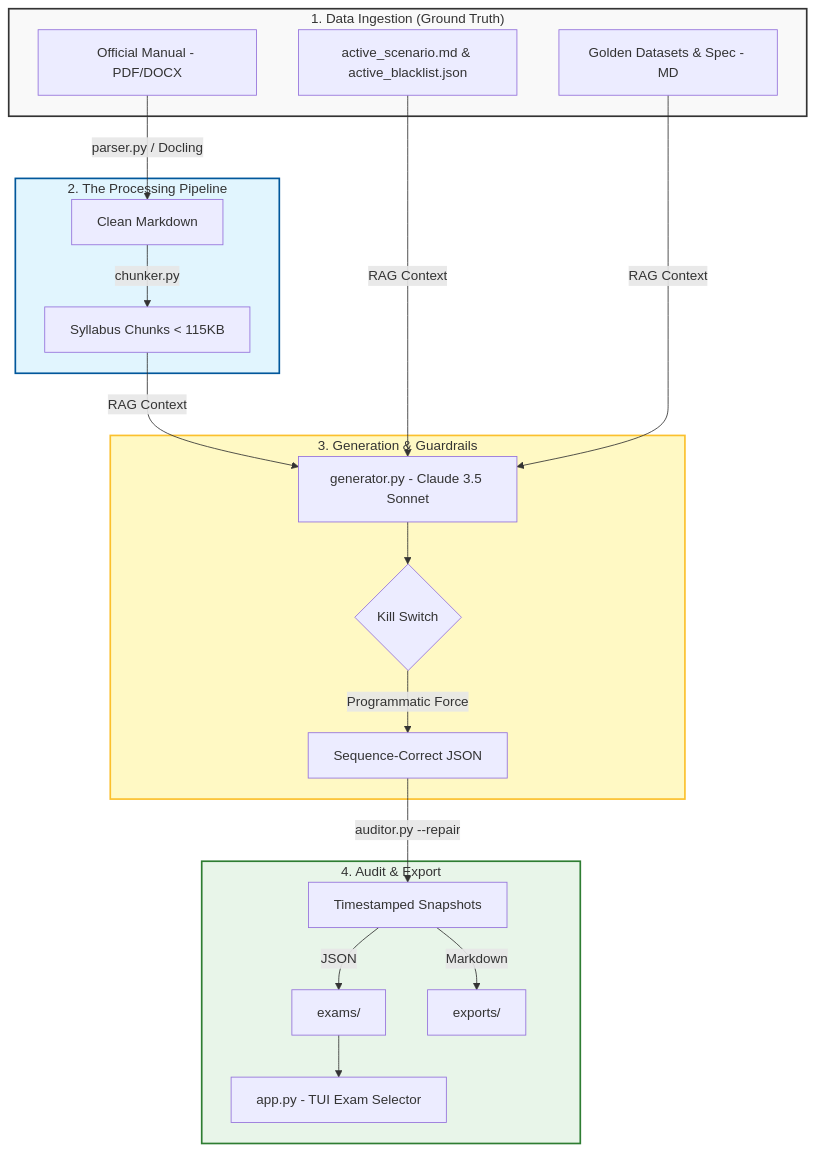
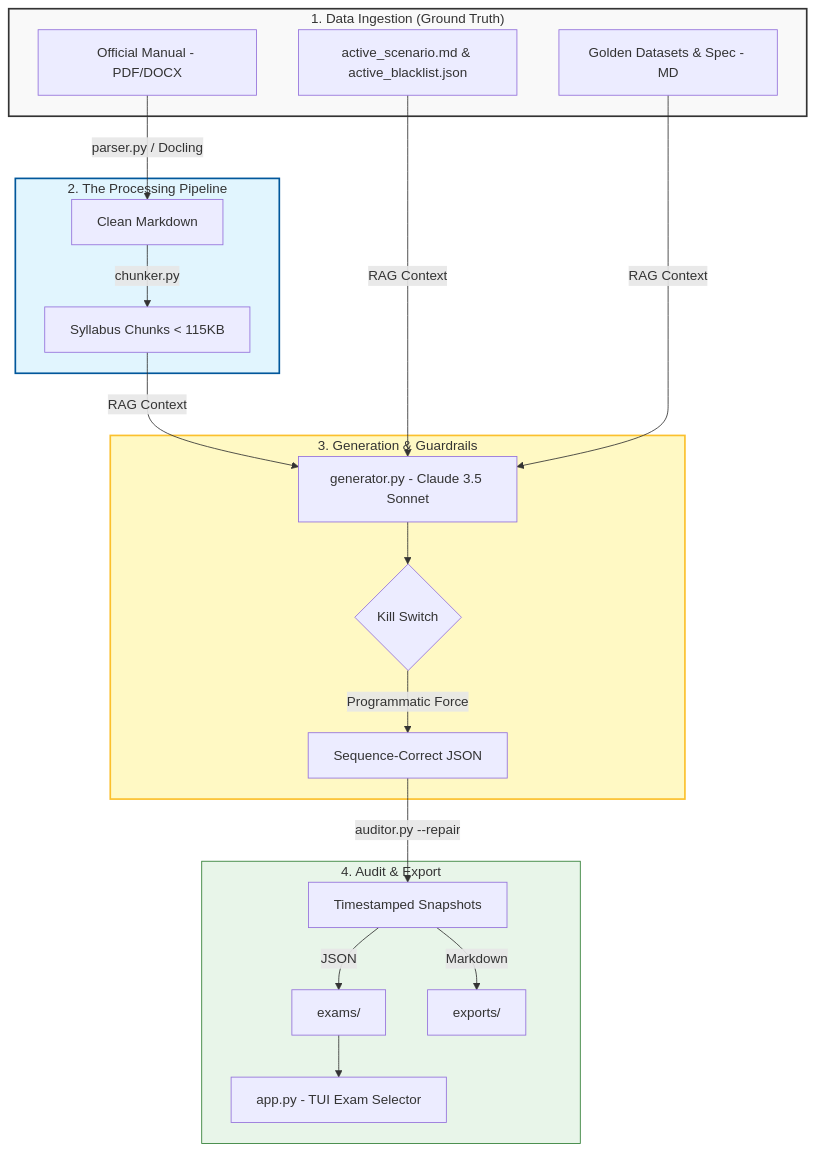
The diagram in README.md (manokel01/prince2-generator), drawn with Mermaid before and after one commit. The commit also changed other lines of this file and 3 other files, not shown here.

First line of the commit message:
feat(arch): finalize Practitioner-grade trap architecture and linguistic guardrails

````diff
--- a/README.md
+++ b/README.md
@@ -61,36 +64,36 @@
 ```mermaid
 graph TD
     %% Inputs
     subgraph Inputs ["1. Data Ingestion (Ground Truth)"]
         A[Official Manual - PDF/DOCX]
         B[active_scenario.md & active_blacklist.json]
         C[Golden Datasets & Spec - MD]
     end
 
     %% Processing
     subgraph Pipeline ["2. The Processing Pipeline"]
         A -->|parser.py / Docling| D[Clean Markdown]
         D -->|chunker.py| E[Syllabus Chunks < 115KB]
     end
 
     %% Logic Engine
     subgraph Engine ["3. Generation & Guardrails"]
         E & B & C -->|RAG Context| F[generator.py - Claude 3.5 Sonnet]
         F --> G{Kill Switch}
         G -->|Programmatic Force| H[Sequence-Correct JSON]
     end
 
     %% Validation & Output
     subgraph Validation ["4. Audit & Export"]
         H -->|auditor.py --repair| I[Timestamped Snapshots]
         I -->|JSON| K[exams/]
         I -->|Markdown| L[exports/]
         K --> J[app.py - TUI Exam Selector]
     end
 
     %% Styling
     style Inputs fill:#f9f9f9,stroke:#333,stroke-width:2px
     style Pipeline fill:#e1f5fe,stroke:#01579b,stroke-width:2px
     style Engine fill:#fff9c4,stroke:#fbc02d,stroke-width:2px
-    style Validation fill:#e8f5e9,stroke:#2e7d32,stroke-width:2px
+    style Validation fill:#e8f5e9,stroke:#2e7d32,stroke-width:2pxx
 ```
````
